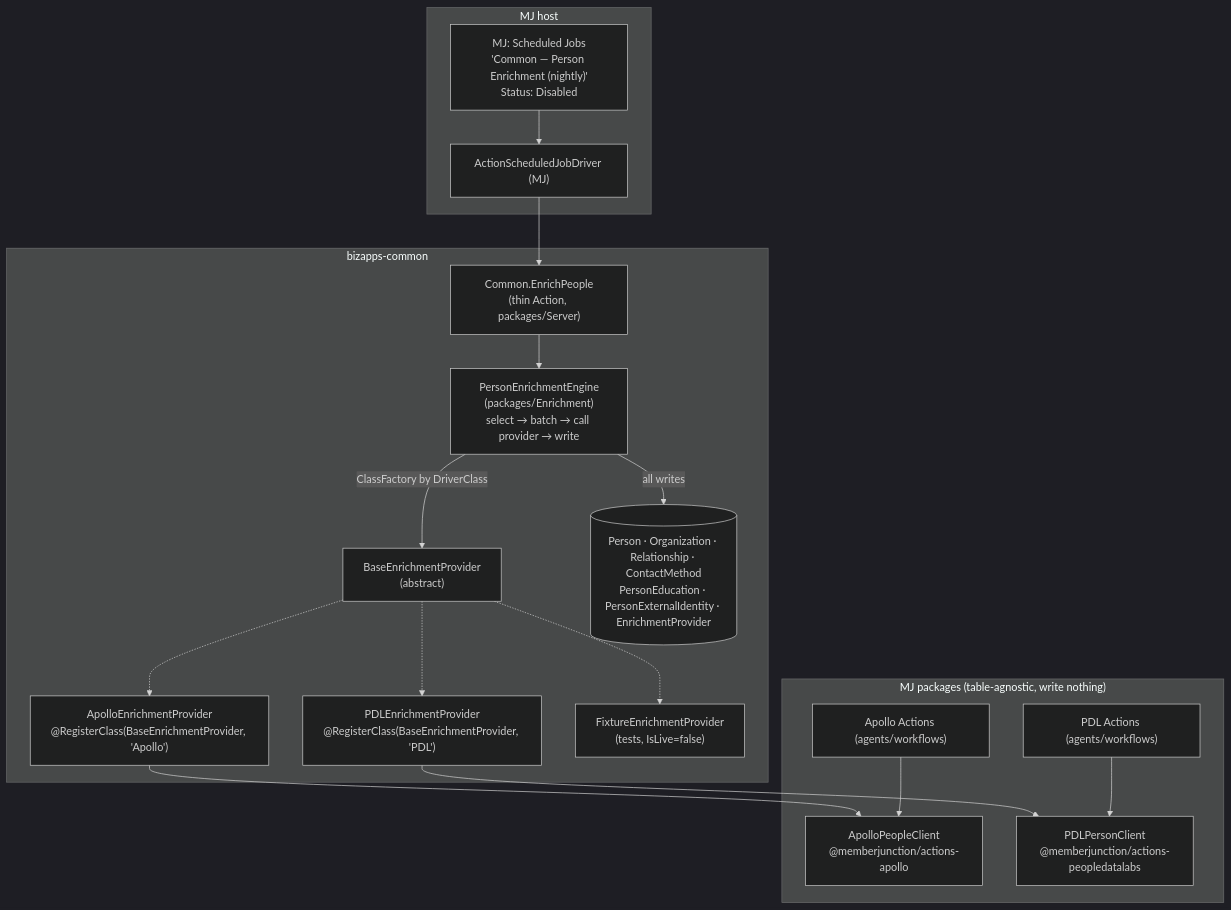
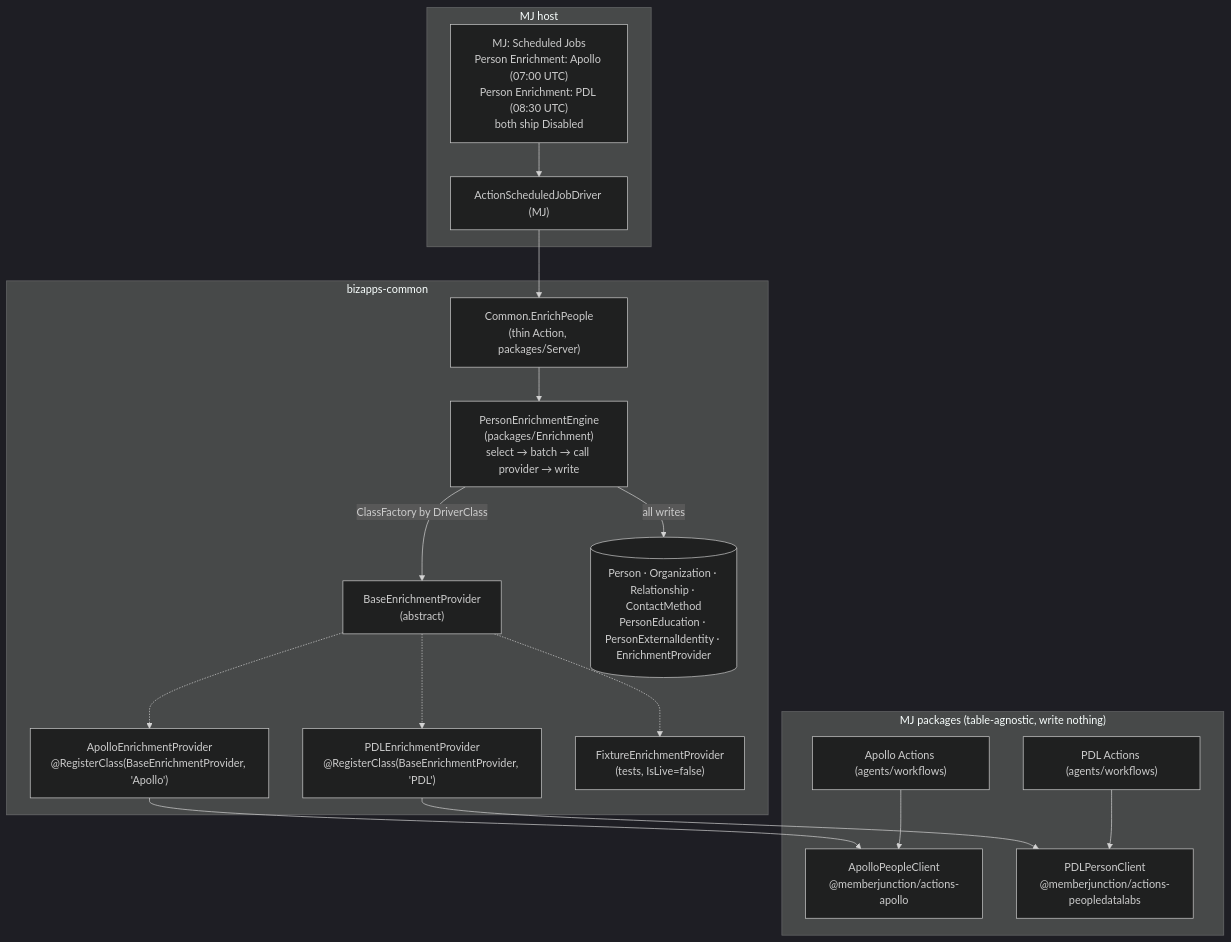
The diagram in plans/person-enrichment.md (MemberJunction/bizapps-common), drawn with Mermaid (dark theme) before and after one commit. The commit also changed other lines of this file, not shown here.

First line of the commit message:
docs(plans): ship People Data Labs with Apollo in the first release

````diff
--- a/plans/person-enrichment.md
+++ b/plans/person-enrichment.md
@@ -135,33 +142,33 @@
 ```mermaid
 flowchart TB
     subgraph Host["MJ host"]
-        Job["MJ: Scheduled Jobs<br/>'Common — Person Enrichment (nightly)'<br/>Status: Disabled"]
+        Job["MJ: Scheduled Jobs<br/>Person Enrichment: Apollo (07:00 UTC)<br/>Person Enrichment: PDL (08:30 UTC)<br/>both ship Disabled"]
         Driver["ActionScheduledJobDriver (MJ)"]
     end
 
     subgraph Common["bizapps-common"]
         Action["Common.EnrichPeople<br/>(thin Action, packages/Server)"]
         Engine["PersonEnrichmentEngine<br/>(packages/Enrichment)<br/>select → batch → call provider → write"]
         Base["BaseEnrichmentProvider<br/>(abstract)"]
         ApolloP["ApolloEnrichmentProvider<br/>@RegisterClass(BaseEnrichmentProvider, 'Apollo')"]
         PDLP["PDLEnrichmentProvider<br/>@RegisterClass(BaseEnrichmentProvider, 'PDL')"]
         Fixture["FixtureEnrichmentProvider<br/>(tests, IsLive=false)"]
         Tables[("Person · Organization · Relationship · ContactMethod<br/>PersonEducation · PersonExternalIdentity · EnrichmentProvider")]
     end
 
     subgraph MJ["MJ packages (table-agnostic, write nothing)"]
         ApolloC["ApolloPeopleClient<br/>@memberjunction/actions-apollo"]
         PDLC["PDLPersonClient<br/>@memberjunction/actions-peopledatalabs"]
         ApolloA["Apollo Actions (agents/workflows)"]
         PDLA["PDL Actions (agents/workflows)"]
     end
 
     Job --> Driver --> Action --> Engine
     Engine -->|"ClassFactory by DriverClass"| Base
     Base -.-> ApolloP & PDLP & Fixture
     ApolloP --> ApolloC
     PDLP --> PDLC
     ApolloA --> ApolloC
     PDLA --> PDLC
     Engine -->|"all writes"| Tables
 ```
````
